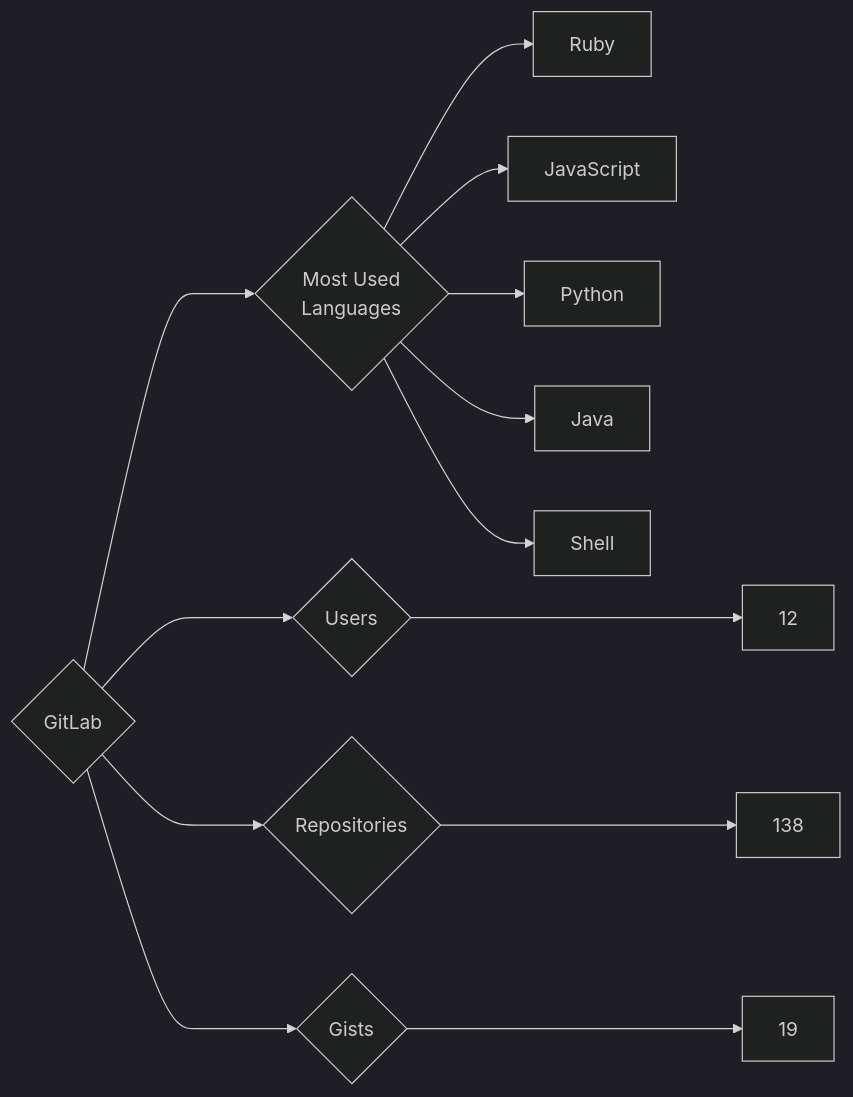
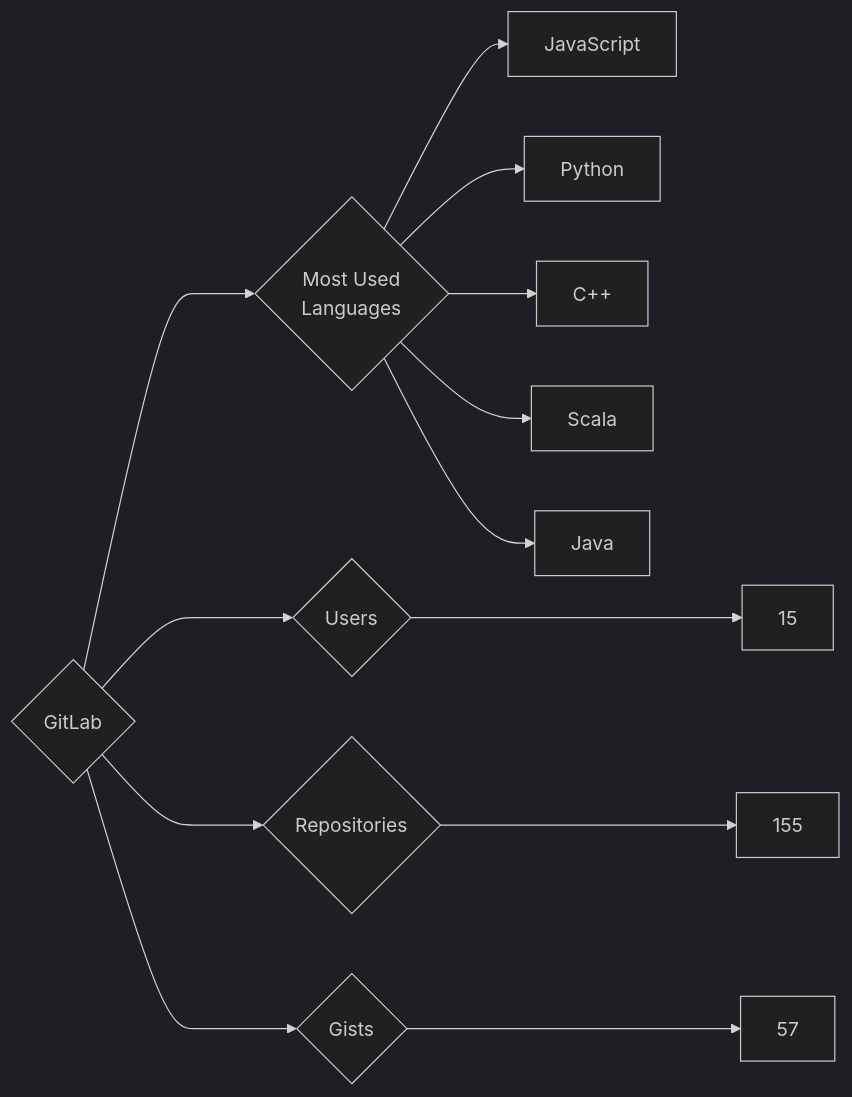
One commit to trickest/insiders changed the diagram in targets/GitLab/README.md. Above: the diagram before and after it, drawn with Mermaid (dark theme). The commit also changed 894 other files, not shown here.

````diff
--- a/targets/GitLab/README.md
+++ b/targets/GitLab/README.md
@@ -3,13 +3,13 @@
 ```mermaid
 graph LR
 COMPANY_NAME{GitLab}
-COMPANY_NAME ---> U{Users} ---> UN[12]
-COMPANY_NAME ---> R{Repositories} ---> RN[138]
-COMPANY_NAME ---> G{Gists} ---> GN[19]
+COMPANY_NAME ---> U{Users} ---> UN[15]
+COMPANY_NAME ---> R{Repositories} ---> RN[155]
+COMPANY_NAME ---> G{Gists} ---> GN[57]
 COMPANY_NAME ---> ML{Most Used<br>Languages}
-ML --> Ruby[Ruby]
 ML --> JavaScript[JavaScript]
 ML --> Python[Python]
+ML --> C++[C++]
+ML --> Scala[Scala]
 ML --> Java[Java]
-ML --> Shell[Shell]
 ```
````
